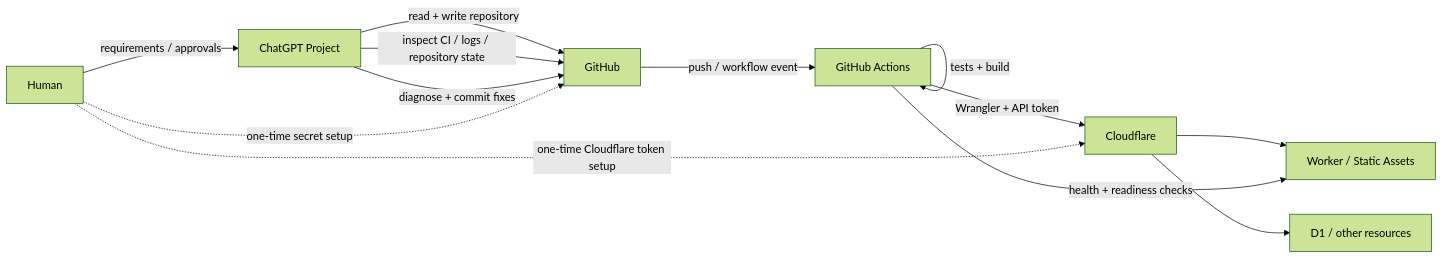
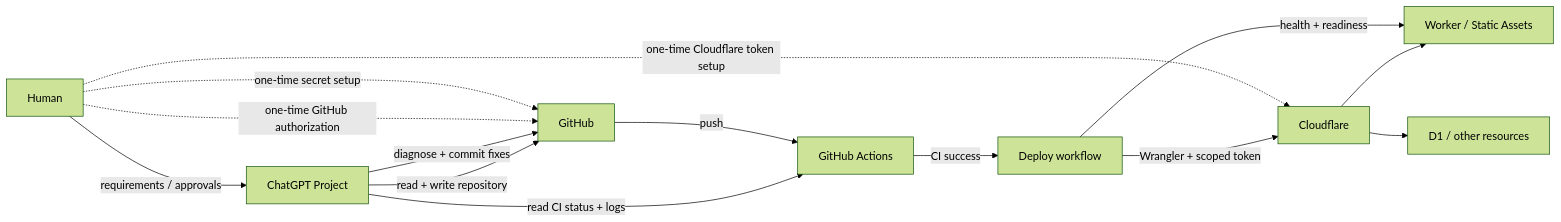
The first of 2 diagrams in docs/CHATGPT_GITHUB_CLOUDFLARE_PLAYBOOK.md (mattamior/awesome-fame-slider), drawn with Mermaid (forest theme) before and after one commit. The commit also changed other lines of this file, not shown here.

Commit message:
Define AI-Native Repository Delivery workflow

````diff
--- a/docs/CHATGPT_GITHUB_CLOUDFLARE_PLAYBOOK.md
+++ b/docs/CHATGPT_GITHUB_CLOUDFLARE_PLAYBOOK.md
@@ -21,16 +47,17 @@
 ```mermaid
 flowchart LR
     U[Human] -->|requirements / approvals| C[ChatGPT Project]
     C -->|read + write repository| G[GitHub]
-    G -->|push / workflow event| A[GitHub Actions]
-    A -->|tests + build| A
-    A -->|Wrangler + API token| CF[Cloudflare]
+    C -->|read CI status + logs| A[GitHub Actions]
+    G -->|push| A
+    A -->|CI success| D[Deploy workflow]
+    D -->|Wrangler + scoped token| CF[Cloudflare]
     CF --> W[Worker / Static Assets]
-    CF --> D[D1 / other resources]
-    A -->|health + readiness checks| W
-    C -->|inspect CI / logs / repository state| G
+    CF --> DB[D1 / other resources]
+    D -->|health + readiness| W
     C -->|diagnose + commit fixes| G
 
+    U -. one-time GitHub authorization .-> G
     U -. one-time secret setup .-> G
     U -. one-time Cloudflare token setup .-> CF
 ```
````
